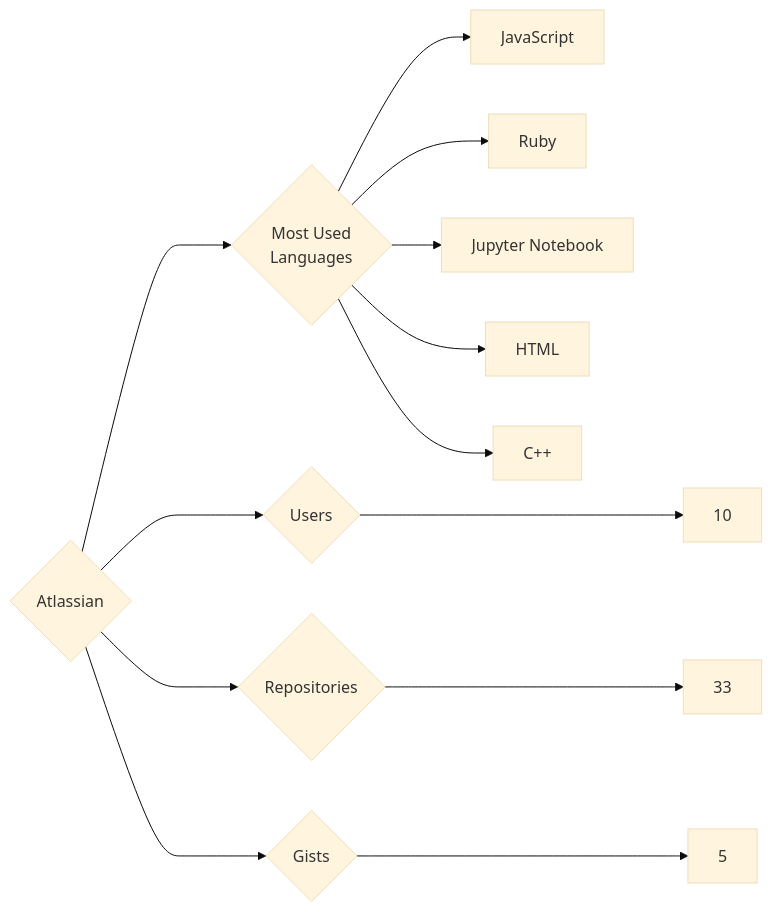
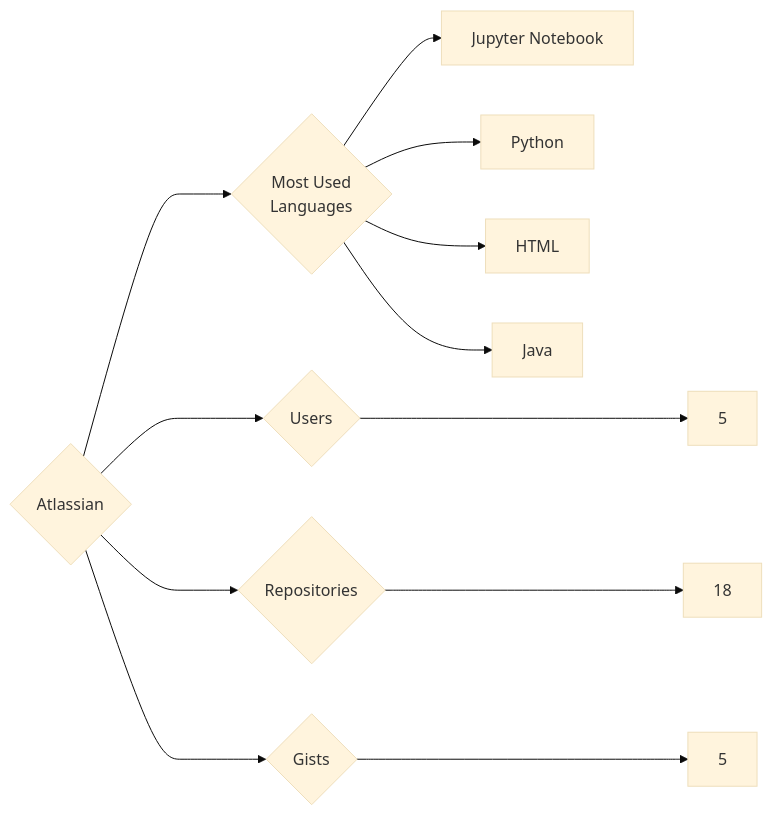
The diagram in targets/Atlassian/README.md (trickest/insiders), drawn with Mermaid (base theme) before and after one commit. The commit also changed 1212 other files, not shown here.

````diff
--- a/targets/Atlassian/README.md
+++ b/targets/Atlassian/README.md
@@ -3,13 +3,12 @@
 ```mermaid
 graph LR
 COMPANY_NAME{Atlassian}
-COMPANY_NAME ---> U{Users} ---> UN[10]
-COMPANY_NAME ---> R{Repositories} ---> RN[33]
+COMPANY_NAME ---> U{Users} ---> UN[5]
+COMPANY_NAME ---> R{Repositories} ---> RN[18]
 COMPANY_NAME ---> G{Gists} ---> GN[5]
 COMPANY_NAME ---> ML{Most Used<br>Languages}
-ML --> JavaScript[JavaScript]
-ML --> Ruby[Ruby]
 ML --> Jupyter_Notebook[Jupyter Notebook]
+ML --> Python[Python]
 ML --> HTML[HTML]
-ML --> C++[C++]
+ML --> Java[Java]
 ```
````
